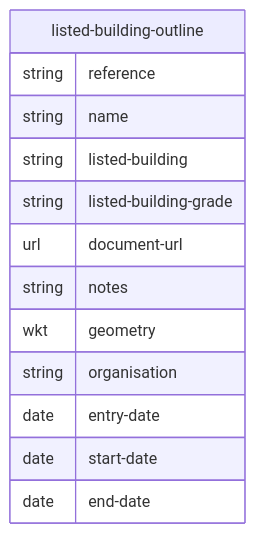
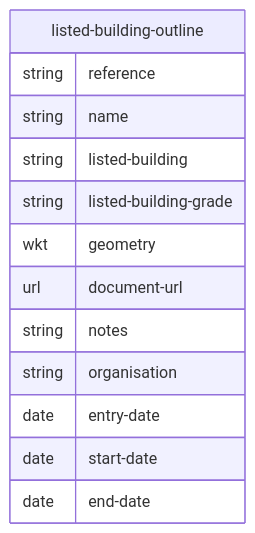
One commit to digital-land/specification changed the diagram in mermaid/listed-building.md. Above: the diagram before and after it, drawn with Mermaid. The commit also changed other lines of this file and 21 other files, not shown here.

````diff
--- a/mermaid/listed-building.md
+++ b/mermaid/listed-building.md
@@ -4,16 +4,16 @@
 ```mermaid
 erDiagram
     listed-building-outline {
         string reference
         string name
         string listed-building
         string listed-building-grade
+        wkt geometry
         url document-url
         string notes
-        wkt geometry
         string organisation
         date entry-date
         date start-date
         date end-date
     }
 ```
````
